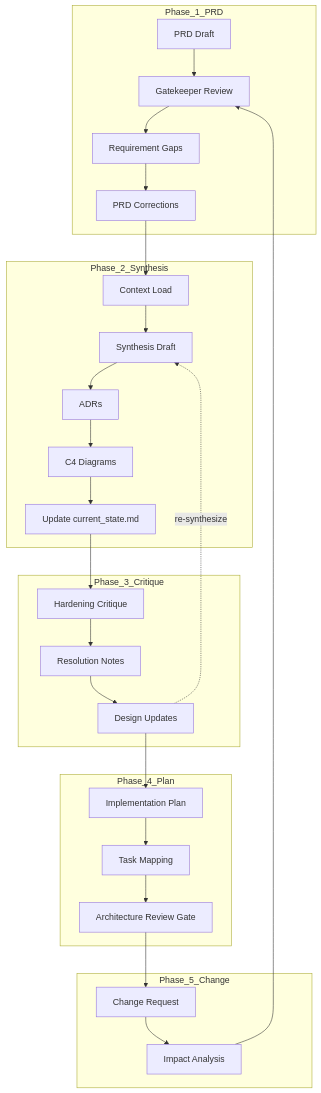
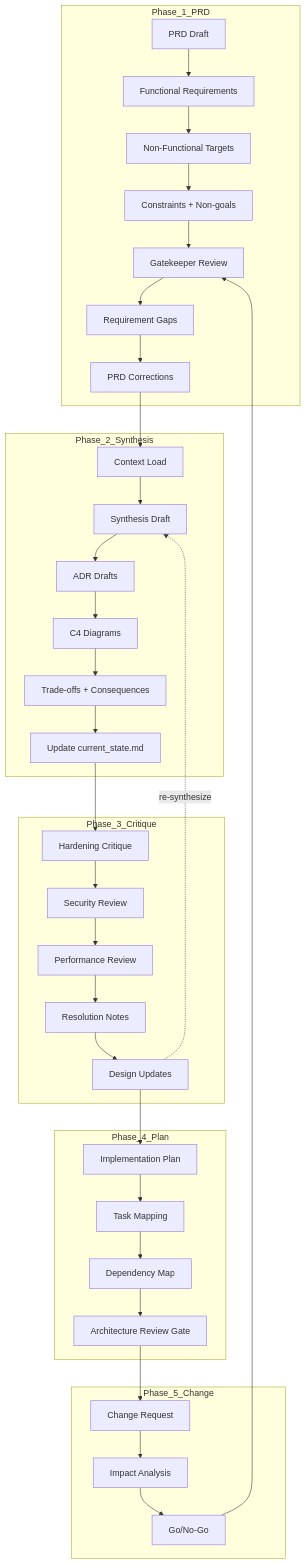
Before and after one commit to AnyAxis-Labs/sdlc-visualization: the third of 3 diagrams in Workflow Synthesize/flows/vibe-system-designing.md, drawn with Mermaid.

Commit message:
docs: update vibe system designing flow

````diff
--- a/Workflow Synthesize/flows/vibe-system-designing.md
+++ b/Workflow Synthesize/flows/vibe-system-designing.md
@@ -59,46 +59,54 @@
 ```mermaid
 graph TB
     subgraph Phase_1_PRD
         PRD["PRD Draft"]
+        FR["Functional Requirements"]
+        NFR["Non-Functional Targets"]
+        Constraints["Constraints + Non-goals"]
         Gate["Gatekeeper Review"]
         Gaps["Requirement Gaps"]
         PRDRev["PRD Corrections"]
-        PRD --> Gate --> Gaps --> PRDRev
+        PRD --> FR --> NFR --> Constraints --> Gate --> Gaps --> PRDRev
     end
 
     subgraph Phase_2_Synthesis
         Context["Context Load"]
         Draft["Synthesis Draft"]
-        ADRs["ADRs"]
+        ADRs["ADR Drafts"]
         C4["C4 Diagrams"]
+        Risks["Trade-offs + Consequences"]
         State["Update current_state.md"]
-        Context --> Draft --> ADRs --> C4 --> State
+        Context --> Draft --> ADRs --> C4 --> Risks --> State
     end
 
     subgraph Phase_3_Critique
         Critique["Hardening Critique"]
+        Security["Security Review"]
+        Perf["Performance Review"]
         Response["Resolution Notes"]
         Fix["Design Updates"]
-        Critique --> Response --> Fix
+        Critique --> Security --> Perf --> Response --> Fix
     end
 
     subgraph Phase_4_Plan
         Plan["Implementation Plan"]
         Map["Task Mapping"]
+        Dependencies["Dependency Map"]
         Review["Architecture Review Gate"]
-        Plan --> Map --> Review
+        Plan --> Map --> Dependencies --> Review
     end
 
     subgraph Phase_5_Change
         CR["Change Request"]
         Impact["Impact Analysis"]
-        CR --> Impact
+        Decision["Go/No-Go"]
+        CR --> Impact --> Decision
     end
 
     PRDRev --> Context
     State --> Critique
     Fix -.re-synthesize.-> Draft
     Fix --> Plan
     Review --> CR
-    Impact --> Gate
+    Decision --> Gate
 ```
````
